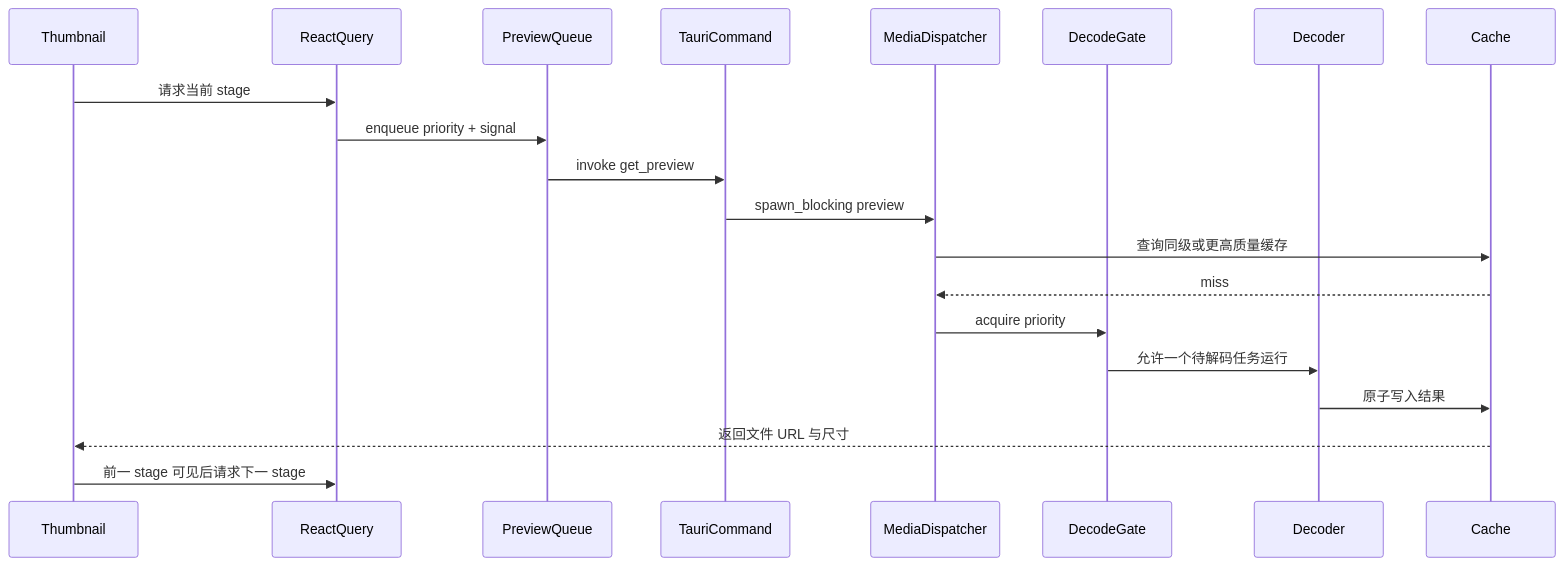
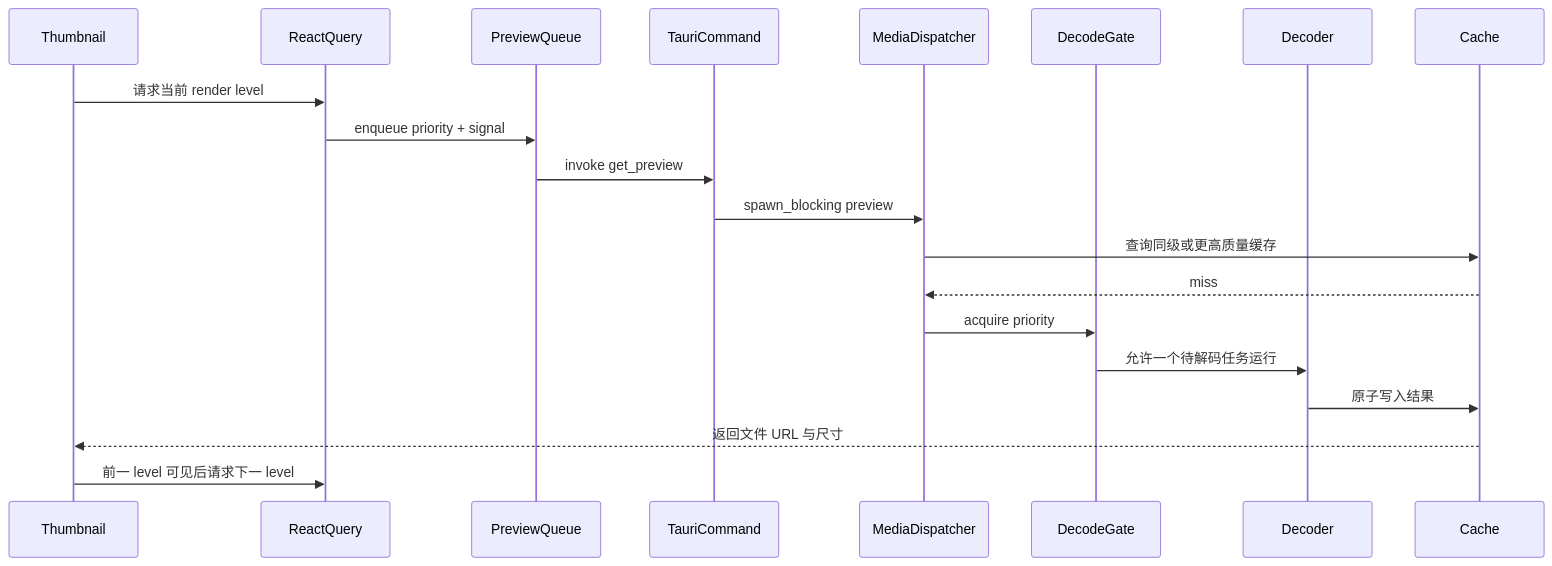
Before and after one commit to oxygenkun/oxyviewer: the first of 3 diagrams in docs/architecture/03-preview-pipeline.md, drawn with Mermaid. The commit also changed other lines of this file and 23 other files, not shown here.

````diff
--- a/docs/architecture/03-preview-pipeline.md
+++ b/docs/architecture/03-preview-pipeline.md
@@ -34,23 +37,23 @@
 ```mermaid
 sequenceDiagram
     participant Thumbnail
     participant ReactQuery
     participant PreviewQueue
     participant TauriCommand
     participant MediaDispatcher
     participant DecodeGate
     participant Decoder
     participant Cache
 
-    Thumbnail->>ReactQuery: 请求当前 stage
+    Thumbnail->>ReactQuery: 请求当前 render level
     ReactQuery->>PreviewQueue: enqueue priority + signal
     PreviewQueue->>TauriCommand: invoke get_preview
     TauriCommand->>MediaDispatcher: spawn_blocking preview
     MediaDispatcher->>Cache: 查询同级或更高质量缓存
     Cache-->>MediaDispatcher: miss
     MediaDispatcher->>DecodeGate: acquire priority
     DecodeGate->>Decoder: 允许一个待解码任务运行
     Decoder->>Cache: 原子写入结果
     Cache-->>Thumbnail: 返回文件 URL 与尺寸
-    Thumbnail->>ReactQuery: 前一 stage 可见后请求下一 stage
+    Thumbnail->>ReactQuery: 前一 level 可见后请求下一 level
 ```
````
